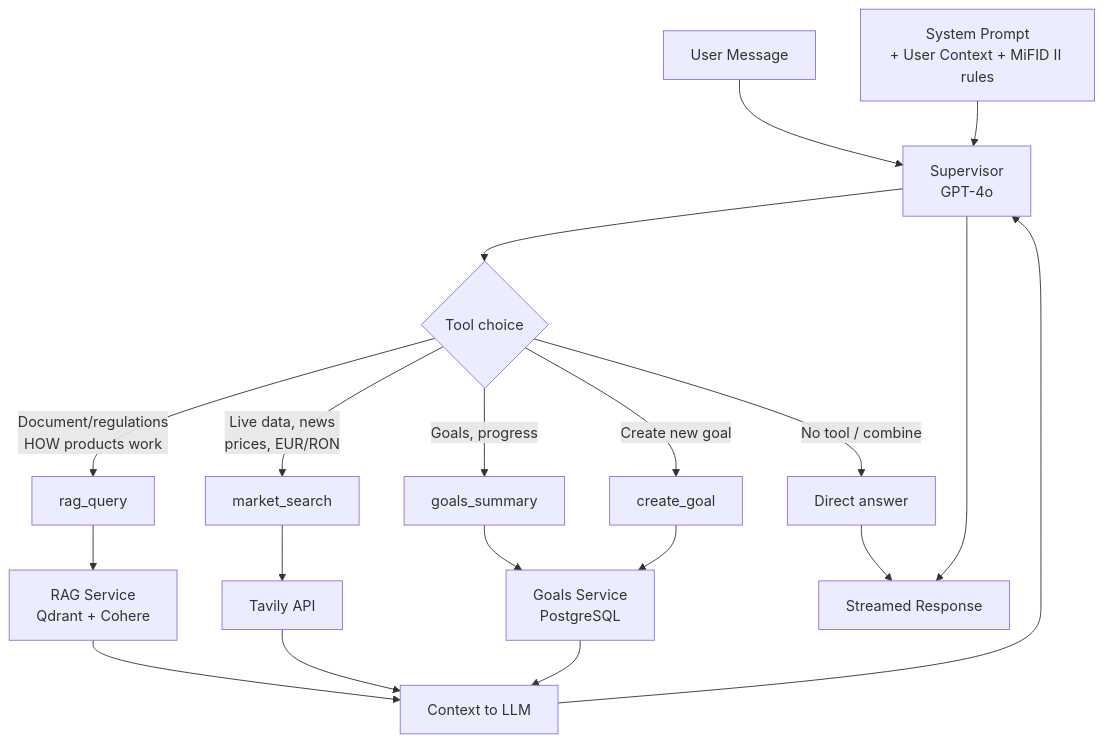
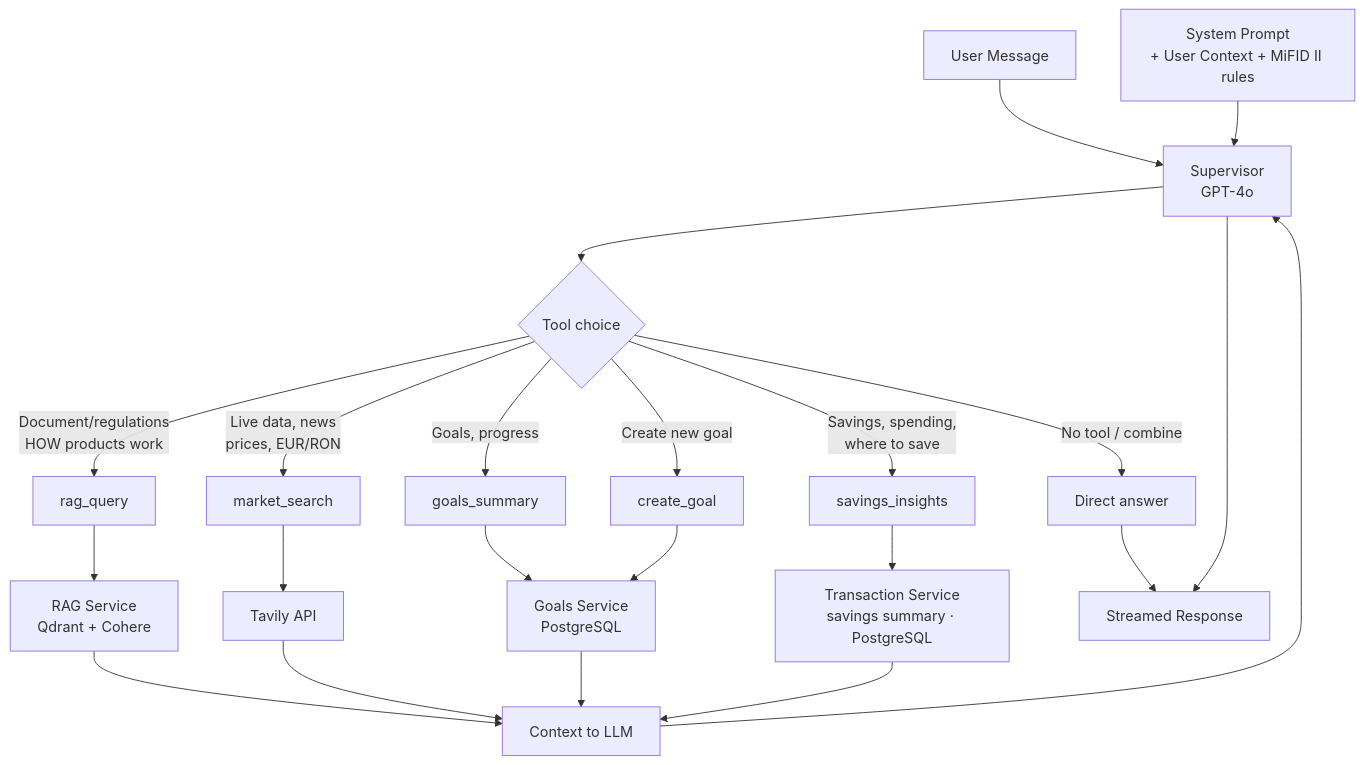
One commit to adrian-barcan/AIE9-Certification-Challenge changed the fifth of 6 diagrams in README.md. Above: the diagram before and after it, drawn with Mermaid. The commit also changed other lines of this file and 3 other files, not shown here.

````diff
--- a/README.md
+++ b/README.md
@@ -213,28 +222,31 @@
 ```mermaid
 flowchart TB
     User[User Message]
     Sys[System Prompt<br/>+ User Context + MiFID II rules]
     Supervisor[Supervisor<br/>GPT-4o]
     User --> Supervisor
     Sys --> Supervisor
 
     Supervisor --> Decision{Tool choice}
 
     Decision -->|Document/regulations<br/>HOW products work| RAG[rag_query]
     Decision -->|Live data, news<br/>prices, EUR/RON| Market[market_search]
     Decision -->|Goals, progress| GoalsSum[goals_summary]
     Decision -->|Create new goal| CreateGoal[create_goal]
+    Decision -->|Savings, spending,<br/>where to save| Savings[savings_insights]
     Decision -->|No tool / combine| Direct[Direct answer]
 
     RAG --> RAGService[RAG Service<br/>Qdrant + Cohere]
     Market --> Tavily[Tavily API]
     GoalsSum --> GoalsService[Goals Service<br/>PostgreSQL]
     CreateGoal --> GoalsService
+    Savings --> TxService[Transaction Service<br/>savings summary · PostgreSQL]
 
     RAGService --> Context[Context to LLM]
     Tavily --> Context
     GoalsService --> Context
+    TxService --> Context
     Context --> Supervisor
     Direct --> Response[Streamed Response]
     Supervisor --> Response
 ```
````
